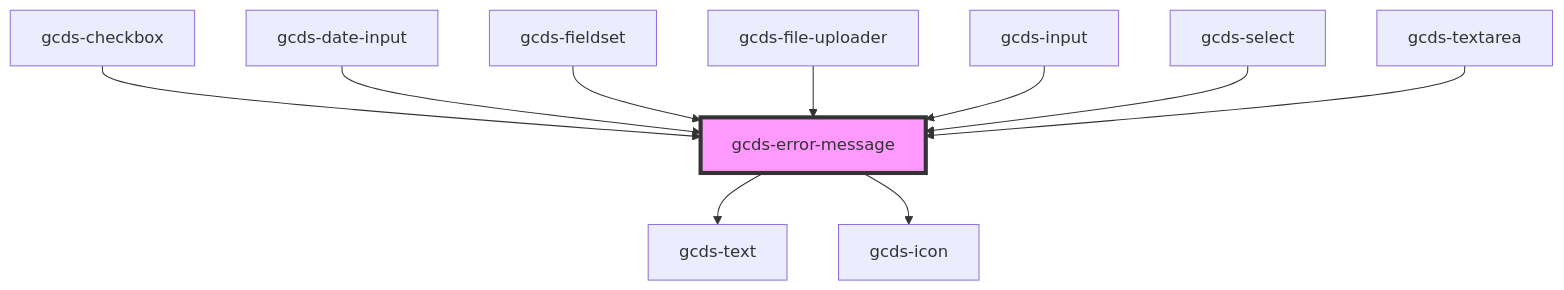
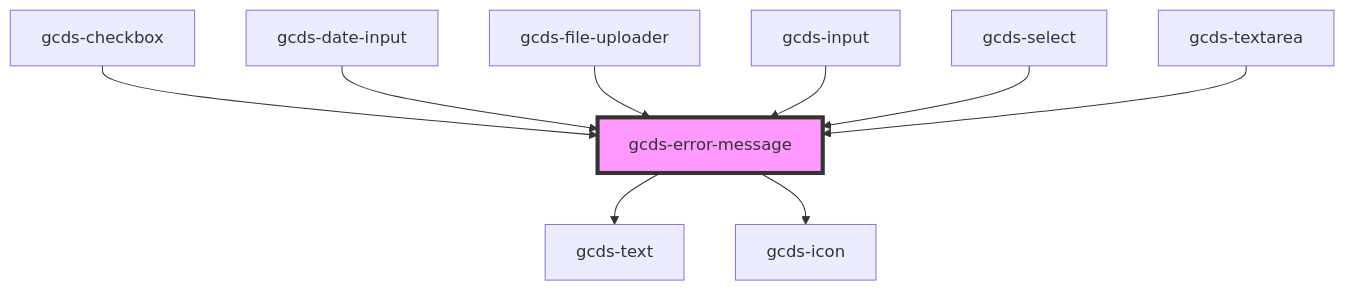
One commit to cds-snc/gcds-components changed the diagram in packages/web/src/components/gcds-error-message/readme.md. Above: the diagram before and after it, drawn with Mermaid. The commit also changed other lines of this file and 16 other files, not shown here.

````diff
--- a/packages/web/src/components/gcds-error-message/readme.md
+++ b/packages/web/src/components/gcds-error-message/readme.md
@@ -33,13 +32,12 @@
 ```mermaid
 graph TD;
   gcds-error-message --> gcds-text
   gcds-error-message --> gcds-icon
   gcds-checkbox --> gcds-error-message
   gcds-date-input --> gcds-error-message
-  gcds-fieldset --> gcds-error-message
   gcds-file-uploader --> gcds-error-message
   gcds-input --> gcds-error-message
   gcds-select --> gcds-error-message
   gcds-textarea --> gcds-error-message
   style gcds-error-message fill:#f9f,stroke:#333,stroke-width:4px
 ```
````
